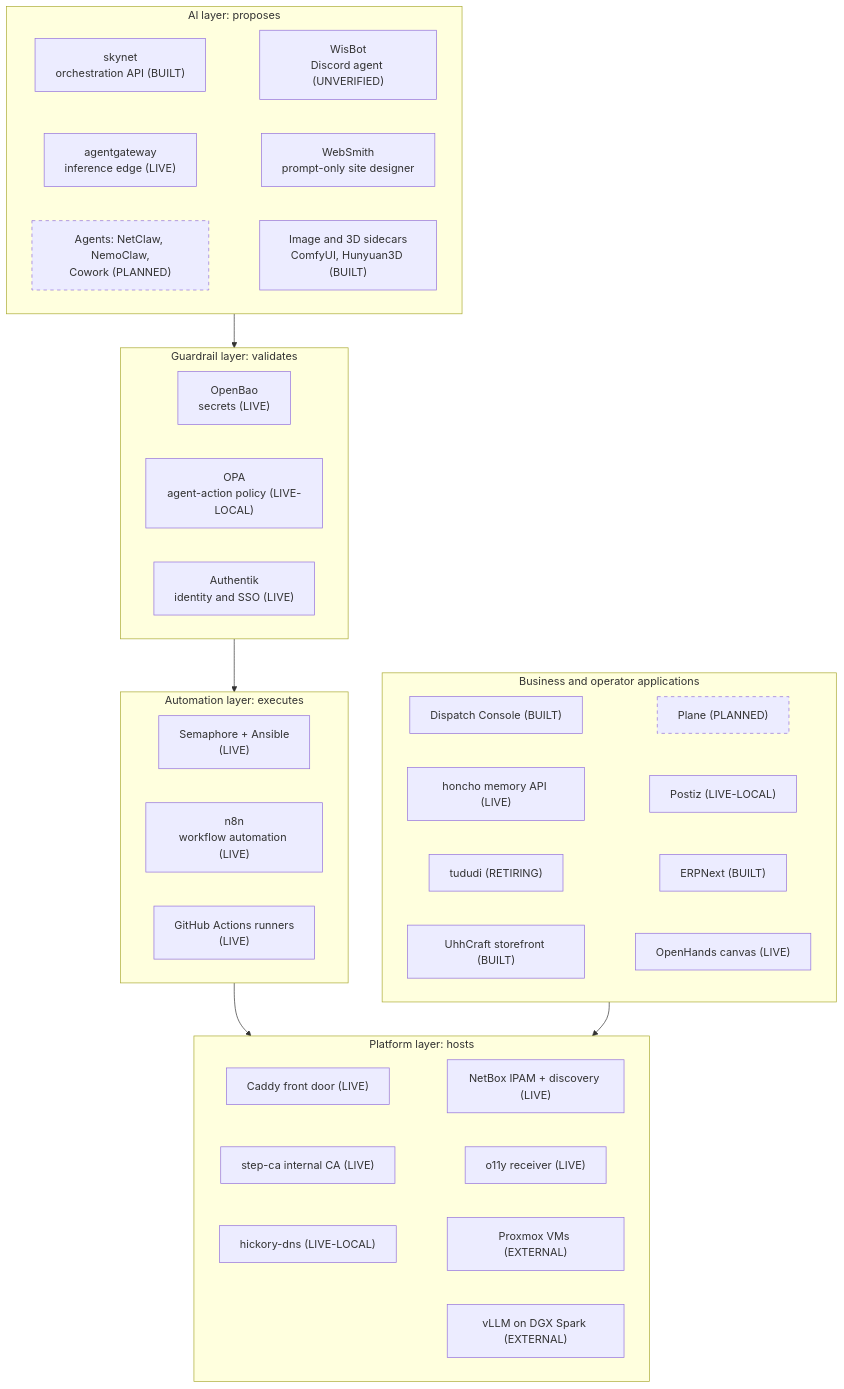
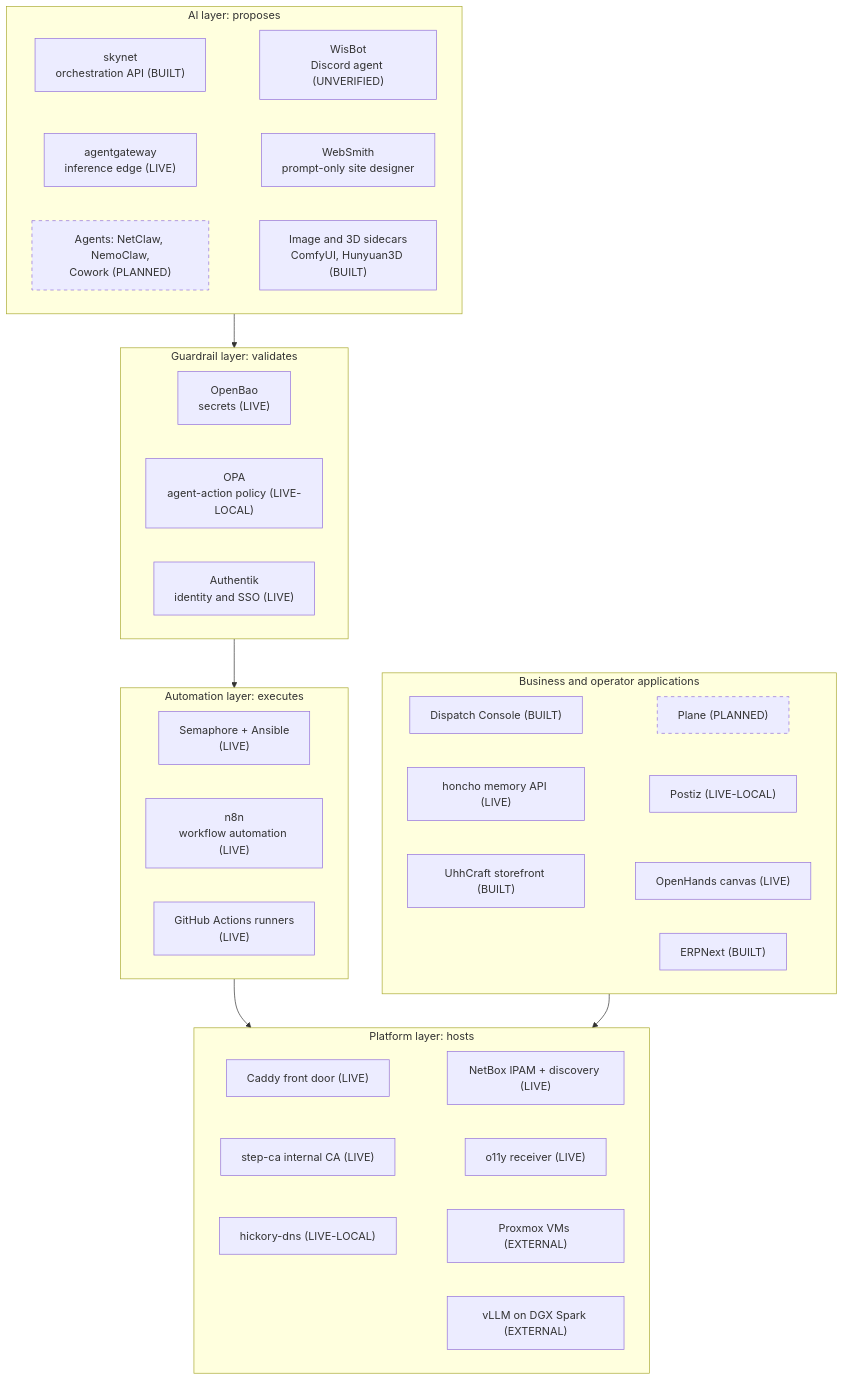
Before and after one commit to uhstray-io/agent-cloud: the first of 10 diagrams in plan/architecture/service-architecture.md, drawn with Mermaid. The commit also changed other lines of this file and 14 other files, not shown here.

````diff
--- a/plan/architecture/service-architecture.md
+++ b/plan/architecture/service-architecture.md
@@ -80,54 +80,52 @@
 ```mermaid
 flowchart TD
     subgraph AI["AI layer: proposes"]
         SKYNET["skynet<br/>orchestration API (BUILT)"]
         AGW["agentgateway<br/>inference edge (LIVE)"]
         AGENTS["Agents: NetClaw, NemoClaw,<br/>Cowork (PLANNED)"]
         WISBOT["WisBot<br/>Discord agent (UNVERIFIED)"]
         WEBSMITH["WebSmith<br/>prompt-only site designer"]
         SIDE["Image and 3D sidecars<br/>ComfyUI, Hunyuan3D (BUILT)"]
     end
     subgraph GR["Guardrail layer: validates"]
         BAO["OpenBao<br/>secrets (LIVE)"]
         OPA["OPA<br/>agent-action policy (LIVE-LOCAL)"]
         AK["Authentik<br/>identity and SSO (LIVE)"]
     end
     subgraph AUTO["Automation layer: executes"]
         SEM["Semaphore + Ansible<br/>(LIVE)"]
         N8N["n8n<br/>workflow automation (LIVE)"]
         RUNNERS["GitHub Actions runners<br/>(LIVE)"]
     end
     subgraph APPS["Business and operator applications"]
         CONSOLE["Dispatch Console (BUILT)"]
         HONCHO["honcho memory API (LIVE)"]
-        TUDUDI["tududi (RETIRING)"]
         PLANE["Plane (PLANNED)"]
         POSTIZ["Postiz (LIVE-LOCAL)"]
         ERP["ERPNext (BUILT)"]
         UHH["UhhCraft storefront (BUILT)"]
         OH["OpenHands canvas (LIVE)"]
     end
     subgraph PLAT["Platform layer: hosts"]
         CADDY["Caddy front door (LIVE)"]
         CA["step-ca internal CA (LIVE)"]
         DNS["hickory-dns (LIVE-LOCAL)"]
         NB["NetBox IPAM + discovery (LIVE)"]
         O11Y["o11y receiver (LIVE)"]
         PVE["Proxmox VMs (EXTERNAL)"]
         VLLM["vLLM on DGX Spark (EXTERNAL)"]
     end
     SKYNET ~~~ WISBOT
     AGW ~~~ WEBSMITH
     AGENTS ~~~ SIDE
     CONSOLE ~~~ PLANE
     HONCHO ~~~ POSTIZ
-    TUDUDI ~~~ ERP
     UHH ~~~ OH
     CADDY ~~~ NB
     CA ~~~ O11Y
     DNS ~~~ PVE
     AI --> GR --> AUTO --> PLAT
     APPS --> PLAT
     style PLANE stroke-dasharray: 5 5
     style AGENTS stroke-dasharray: 5 5
 ```
````
